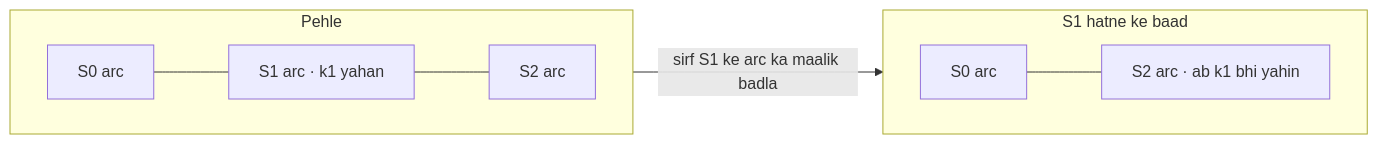
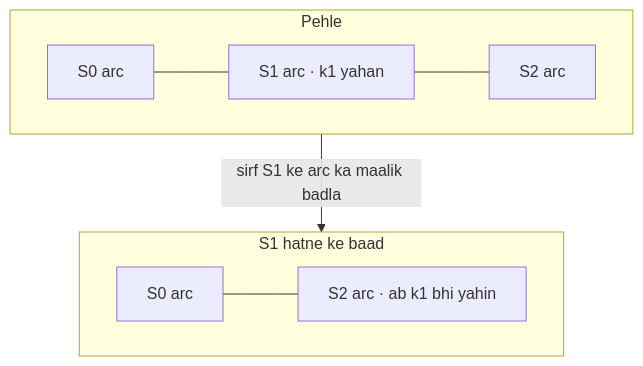
One commit to JayKap-Git/sysdes changed the first of 2 diagrams in docs/building-blocks/05-consistent-hashing.hi.md. Above: the diagram before and after it, drawn with Mermaid. The commit also changed 1 other file, not shown here.

Commit message:
Make ring before/after diagram vertical for readability
Claude-Session: https://claude.ai/code/session_01B3wgUj9iwSc8b2u4KQdgXp

````diff
--- a/docs/building-blocks/05-consistent-hashing.hi.md
+++ b/docs/building-blocks/05-consistent-hashing.hi.md
@@ -136,12 +136,12 @@
 ```mermaid
-flowchart LR
+flowchart TB
     subgraph B1["Pehle"]
       direction LR
       a1["S0 arc"] --- b1["S1 arc · k1 yahan"] --- c1["S2 arc"]
     end
     subgraph A1["S1 hatne ke baad"]
       direction LR
       a2["S0 arc"] --- c2["S2 arc · ab k1 bhi yahin"]
     end
     B1 -->|"sirf S1 ke arc ka maalik badla"| A1
 ```
````
